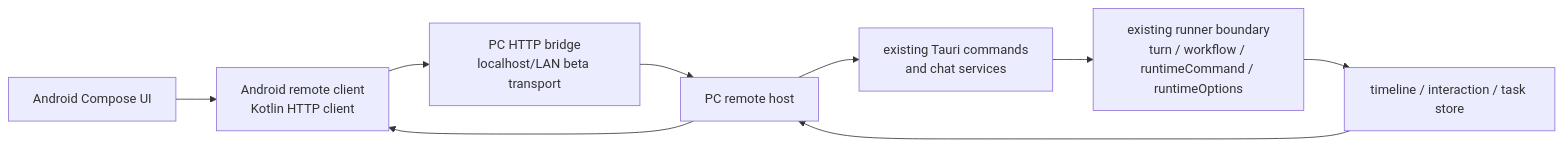
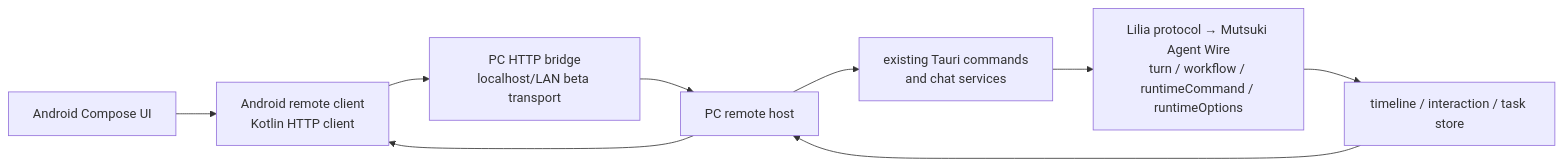
The diagram in docs/design/android-remote-control.md (sena-nana/LiliaCode), drawn with Mermaid before and after one commit. The commit also changed other lines of this file and 248 other files, not shown here.

````diff
--- a/docs/design/android-remote-control.md
+++ b/docs/design/android-remote-control.md
@@ -29,11 +29,11 @@
 ```mermaid
 flowchart LR
   Android["Android Compose UI"] --> Client["Android remote client\nKotlin HTTP client"]
   Client --> Bridge["PC HTTP bridge\nlocalhost/LAN beta transport"]
   Bridge --> Host["PC remote host"]
   Host --> Commands["existing Tauri commands\nand chat services"]
-  Commands --> Runner["existing runner boundary\nturn / workflow / runtimeCommand / runtimeOptions"]
-  Runner --> Timeline["timeline / interaction / task store"]
+  Commands --> Wire["Lilia protocol → Mutsuki Agent Wire\nturn / workflow / runtimeCommand / runtimeOptions"]
+  Wire --> Timeline["timeline / interaction / task store"]
   Timeline --> Host
   Host --> Client
 ```
````
